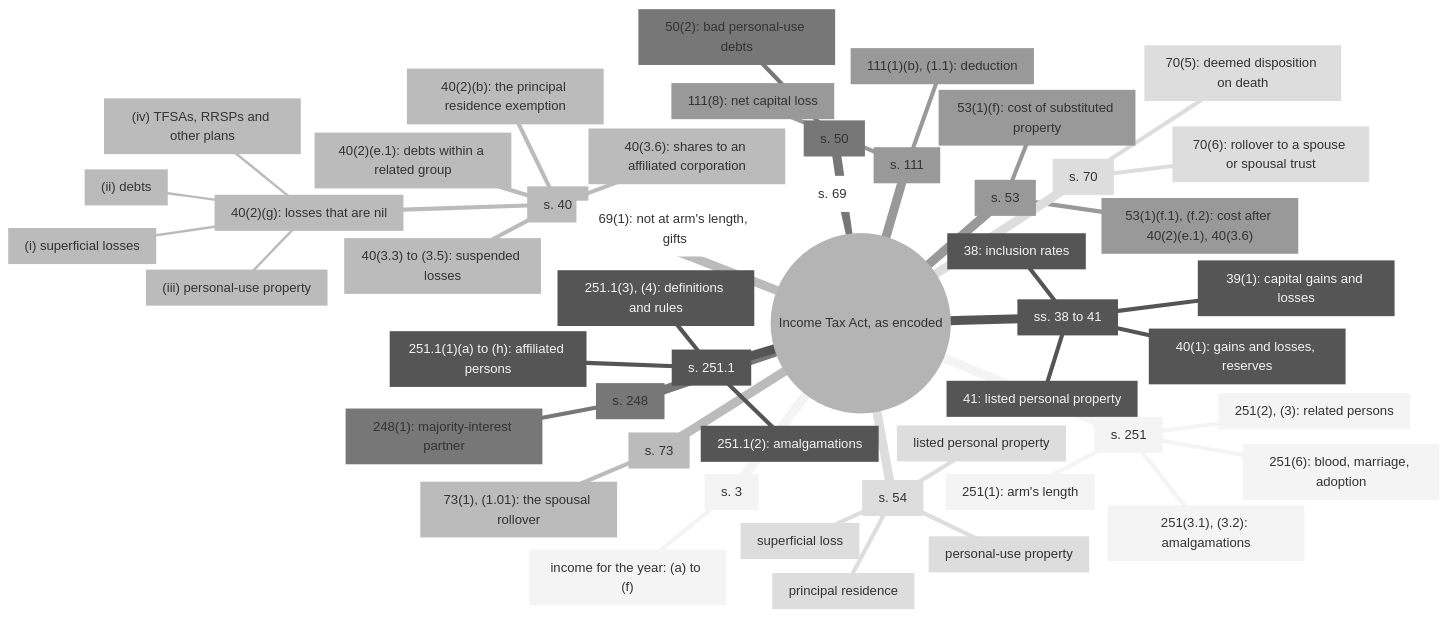
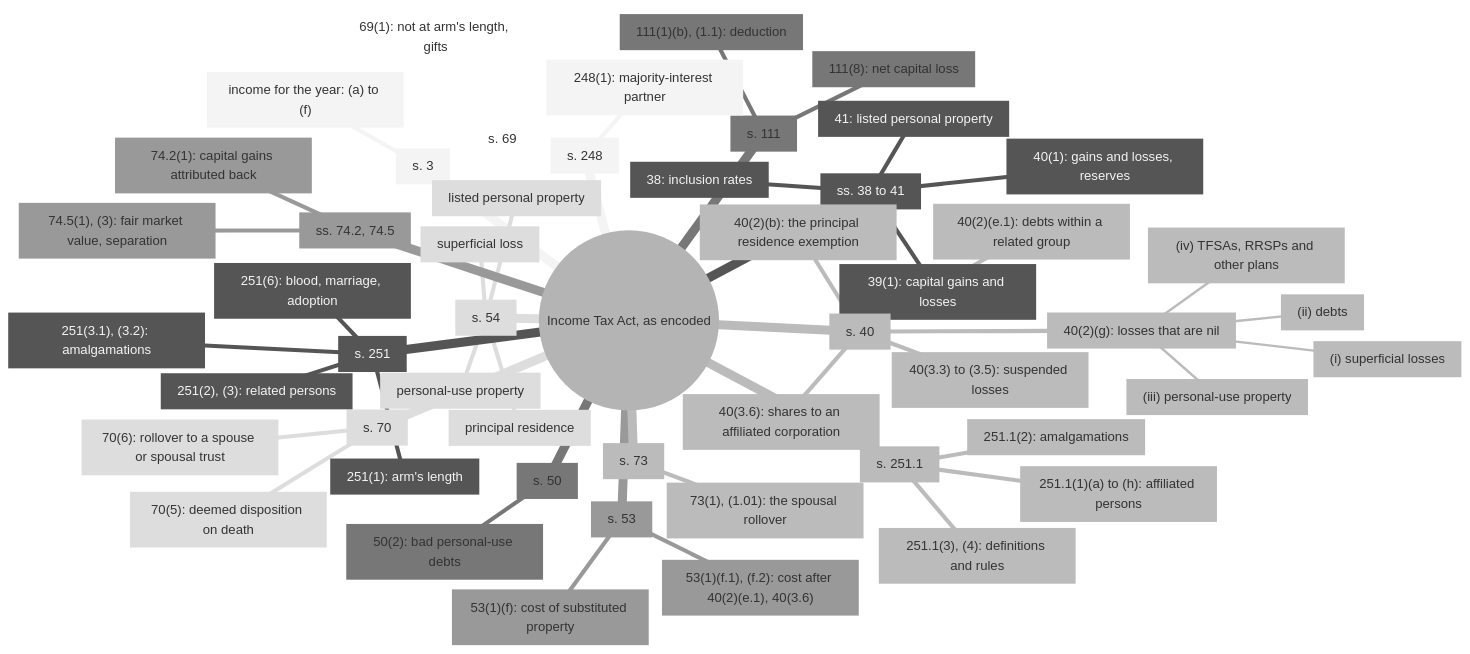
Before and after one commit to SeanWMurray/Canteen: the fourth of 4 diagrams in docs/graphs/dashboard.md, drawn with Mermaid (neutral theme). The commit also changed other lines of this file and 22 other files, not shown here.

First line of the commit message:
Encode attribution of capital gains: 74.2(1), 74.5(1) and (3)

````diff
--- a/docs/graphs/dashboard.md
+++ b/docs/graphs/dashboard.md
@@ -66,52 +66,55 @@
 ```mermaid
 mindmap
   root((Income Tax Act, as encoded))
     n0["`s. 3`"]
       n1["`income for the year: (a) to (f)`"]
     n2["`ss. 38 to 41`"]
       n3["`38: inclusion rates`"]
       n4["`39(1): capital gains and losses`"]
       n5["`40(1): gains and losses, reserves`"]
       n6["`41: listed personal property`"]
     n7["`s. 40`"]
       n8["`40(2)(b): the principal residence exemption`"]
       n9["`40(2)(g): losses that are nil`"]
         n10["`(i) superficial losses`"]
         n11["`(ii) debts`"]
         n12["`(iii) personal-use property`"]
         n13["`(iv) TFSAs, RRSPs and other plans`"]
       n14["`40(2)(e.1): debts within a related group`"]
       n15["`40(3.3) to (3.5): suspended losses`"]
       n16["`40(3.6): shares to an affiliated corporation`"]
     n17["`s. 50`"]
       n18["`50(2): bad personal-use debts`"]
     n19["`s. 53`"]
       n20["`53(1)(f): cost of substituted property`"]
       n21["`53(1)(f.1), (f.2): cost after 40(2)(e.1), 40(3.6)`"]
     n22["`s. 54`"]
       n23["`superficial loss`"]
       n24["`principal residence`"]
       n25["`personal-use property`"]
       n26["`listed personal property`"]
     n27["`s. 69`"]
       n28["`69(1): not at arm's length, gifts`"]
     n29["`s. 70`"]
       n30["`70(5): deemed disposition on death`"]
       n31["`70(6): rollover to a spouse or spousal trust`"]
     n32["`s. 73`"]
       n33["`73(1), (1.01): the spousal rollover`"]
-    n34["`s. 111`"]
-      n35["`111(8): net capital loss`"]
-      n36["`111(1)(b), (1.1): deduction`"]
-    n37["`s. 248`"]
-      n38["`248(1): majority-interest partner`"]
-    n39["`s. 251`"]
-      n40["`251(1): arm's length`"]
-      n41["`251(2), (3): related persons`"]
-      n42["`251(3.1), (3.2): amalgamations`"]
-      n43["`251(6): blood, marriage, adoption`"]
-    n44["`s. 251.1`"]
-      n45["`251.1(1)(a) to (h): affiliated persons`"]
-      n46["`251.1(2): amalgamations`"]
-      n47["`251.1(3), (4): definitions and rules`"]
+    n34["`ss. 74.2, 74.5`"]
+      n35["`74.2(1): capital gains attributed back`"]
+      n36["`74.5(1), (3): fair market value, separation`"]
+    n37["`s. 111`"]
+      n38["`111(8): net capital loss`"]
+      n39["`111(1)(b), (1.1): deduction`"]
+    n40["`s. 248`"]
+      n41["`248(1): majority-interest partner`"]
+    n42["`s. 251`"]
+      n43["`251(1): arm's length`"]
+      n44["`251(2), (3): related persons`"]
+      n45["`251(3.1), (3.2): amalgamations`"]
+      n46["`251(6): blood, marriage, adoption`"]
+    n47["`s. 251.1`"]
+      n48["`251.1(1)(a) to (h): affiliated persons`"]
+      n49["`251.1(2): amalgamations`"]
+      n50["`251.1(3), (4): definitions and rules`"]
 ```
````
